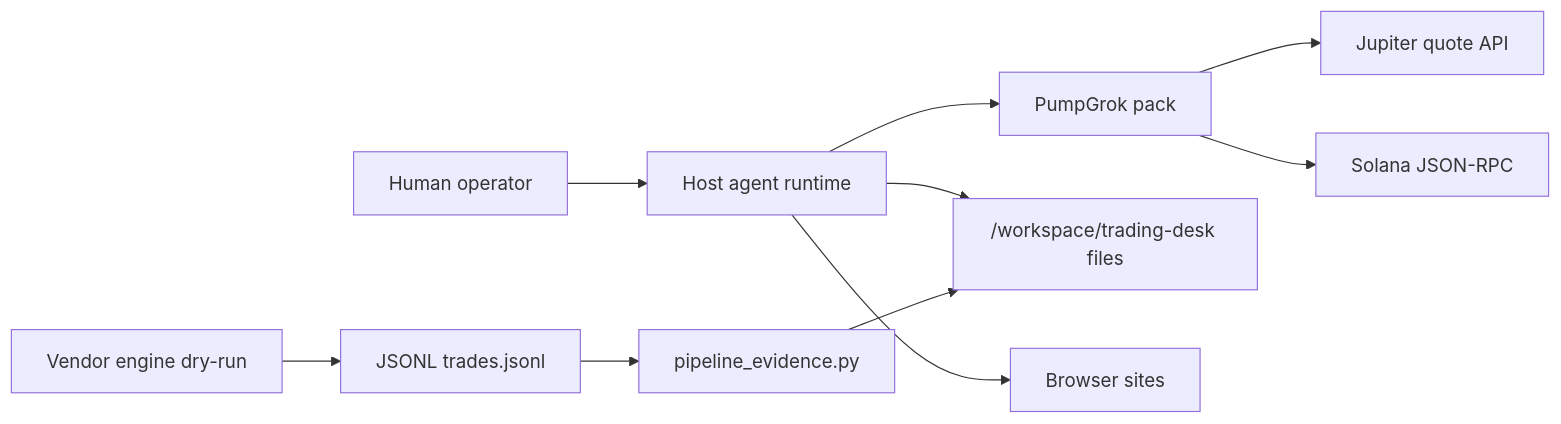
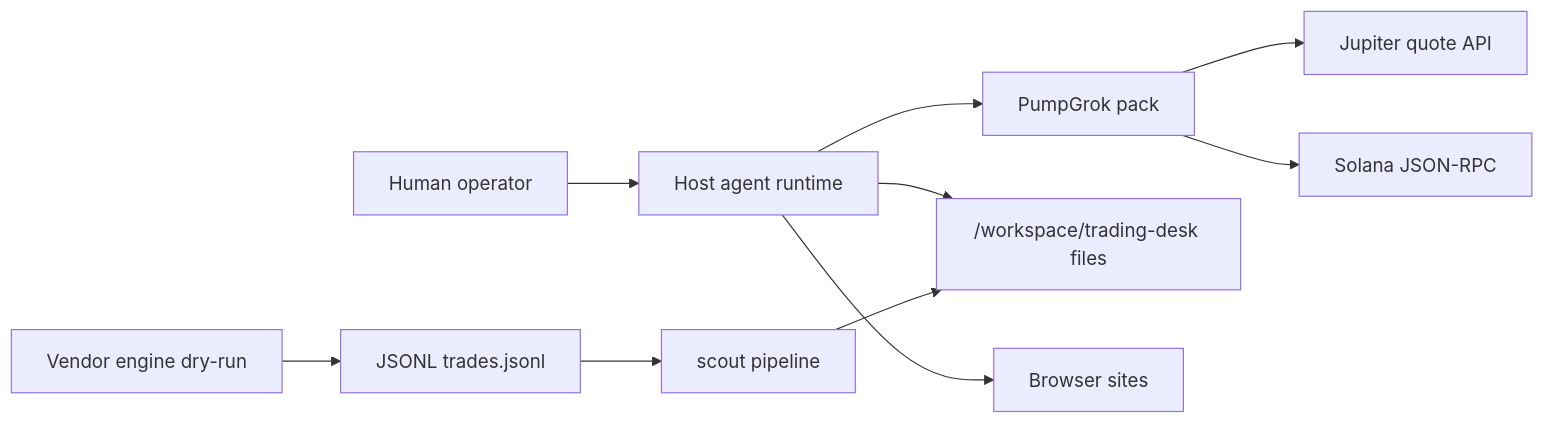
Before and after one commit to swcstudiospace/PumpGrok: the first of 2 diagrams in ARCHITECTURE.md, drawn with Mermaid. The commit also changed other lines of this file and 35 other files, not shown here.

````diff
--- a/ARCHITECTURE.md
+++ b/ARCHITECTURE.md
@@ -34,23 +34,23 @@
 ```mermaid
 flowchart LR
   Human[Human operator]
   Host[Host agent runtime]
   Pack[PumpGrok pack]
   Desk["/workspace/trading-desk files"]
   Jup[Jupiter quote API]
   Rpc[Solana JSON-RPC]
   Web[Browser sites]
   Vendor[Vendor engine dry-run]
   Jsonl[JSONL trades.jsonl]
-  Bridge[pipeline_evidence.py]
+  Bridge[scout pipeline]
 
   Human --> Host
   Host --> Pack
   Host --> Desk
   Host --> Web
   Pack --> Jup
   Pack --> Rpc
   Vendor --> Jsonl
   Jsonl --> Bridge
   Bridge --> Desk
 ```
````
